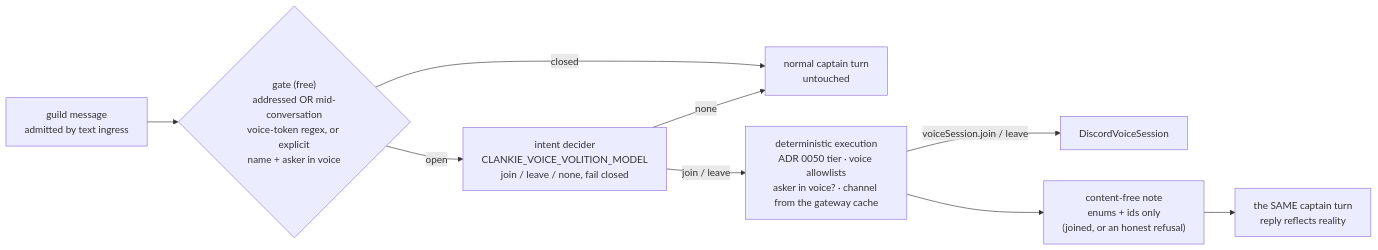
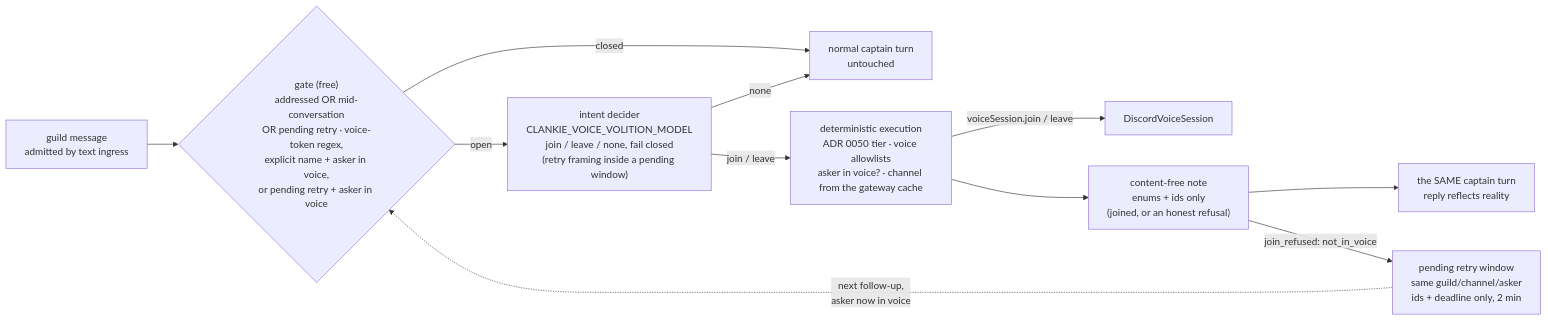
The diagram in docs/adr/0062-voice-join-by-asking.md (Volpestyle/clankie), drawn with Mermaid before and after one commit. The commit also changed other lines of this file and 7 other files, not shown here.

First line of the commit message:
Make a bare wake actionable and let a refused voice join keep listening

````diff
--- a/docs/adr/0062-voice-join-by-asking.md
+++ b/docs/adr/0062-voice-join-by-asking.md
@@ -34,11 +35,13 @@
 ```mermaid
 flowchart LR
-  M["guild message<br/>admitted by text ingress"] --> G{"gate (free)<br/>addressed OR mid-conversation<br/>voice-token regex, or explicit<br/>name + asker in voice"}
+  M["guild message<br/>admitted by text ingress"] --> G{"gate (free)<br/>addressed OR mid-conversation<br/>OR pending retry · voice-token regex,<br/>explicit name + asker in voice,<br/>or pending retry + asker in voice"}
   G -->|closed| T["normal captain turn<br/>untouched"]
-  G -->|open| D["intent decider<br/>CLANKIE_VOICE_VOLITION_MODEL<br/>join / leave / none, fail closed"]
+  G -->|open| D["intent decider<br/>CLANKIE_VOICE_VOLITION_MODEL<br/>join / leave / none, fail closed<br/>(retry framing inside a pending window)"]
   D -->|none| T
   D -->|join / leave| A["deterministic execution<br/>ADR 0050 tier · voice allowlists<br/>asker in voice? · channel from the gateway cache"]
   A -->|"voiceSession.join / leave"| V["DiscordVoiceSession"]
   A --> N["content-free note<br/>enums + ids only<br/>(joined, or an honest refusal)"]
   N --> T2["the SAME captain turn<br/>reply reflects reality"]
+  N -->|"join_refused: not_in_voice"| R["pending retry window<br/>same guild/channel/asker<br/>ids + deadline only, 2 min"]
+  R -.->|"next follow-up,<br/>asker now in voice"| G
 ```
````
